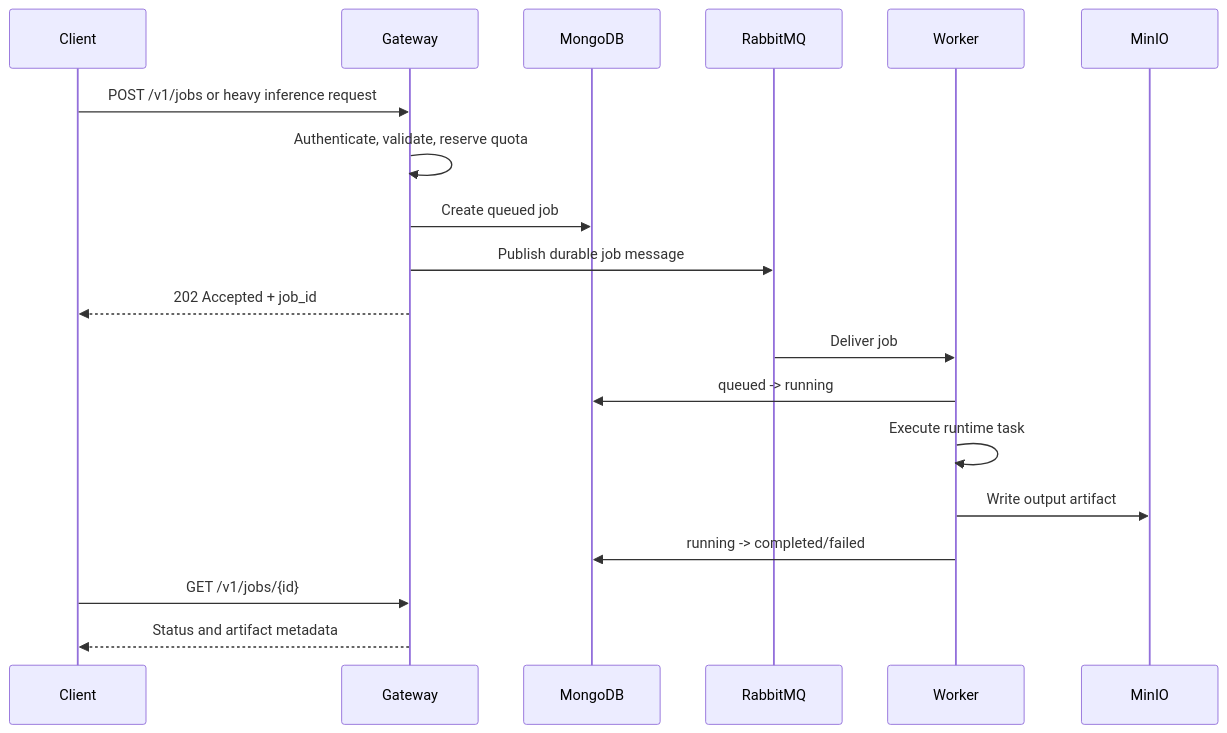
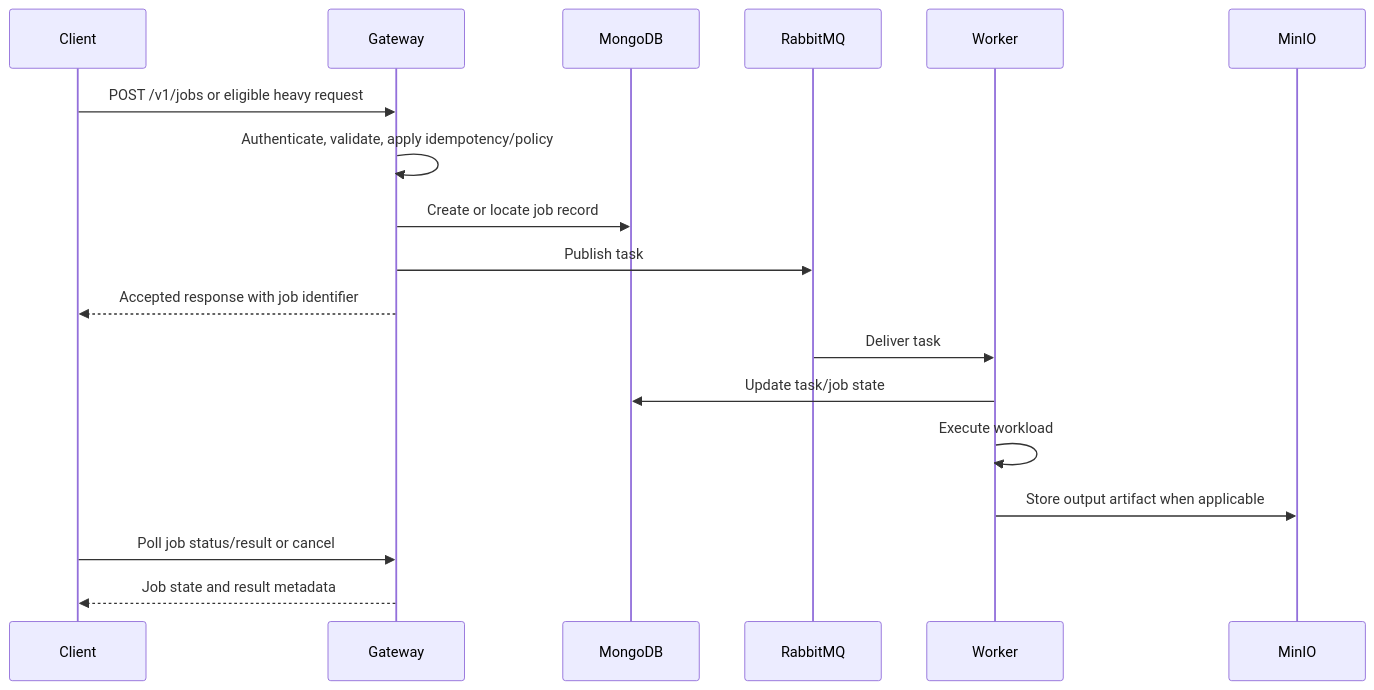
One commit to namle682004-coder/ai_platform changed the third of 3 diagrams in architecture.md. Above: the diagram before and after it, drawn with Mermaid. The commit also changed other lines of this file and 20 other files, not shown here.

````diff
--- a/architecture.md
+++ b/architecture.md
@@ -224,22 +229,21 @@
 ```mermaid
 sequenceDiagram
     participant C as Client
     participant G as Gateway
     participant DB as MongoDB
     participant Q as RabbitMQ
     participant W as Worker
     participant S as MinIO
 
-    C->>G: POST /v1/jobs or heavy inference request
-    G->>G: Authenticate, validate, reserve quota
-    G->>DB: Create queued job
-    G->>Q: Publish durable job message
-    G-->>C: 202 Accepted + job_id
-    Q->>W: Deliver job
-    W->>DB: queued -> running
-    W->>W: Execute runtime task
-    W->>S: Write output artifact
-    W->>DB: running -> completed/failed
-    C->>G: GET /v1/jobs/{id}
-    G-->>C: Status and artifact metadata
+    C->>G: POST /v1/jobs or eligible heavy request
+    G->>G: Authenticate, validate, apply idempotency/policy
+    G->>DB: Create or locate job record
+    G->>Q: Publish task
+    G-->>C: Accepted response with job identifier
+    Q->>W: Deliver task
+    W->>DB: Update task/job state
+    W->>W: Execute workload
+    W->>S: Store output artifact when applicable
+    C->>G: Poll job status/result or cancel
+    G-->>C: Job state and result metadata
 ```
````
